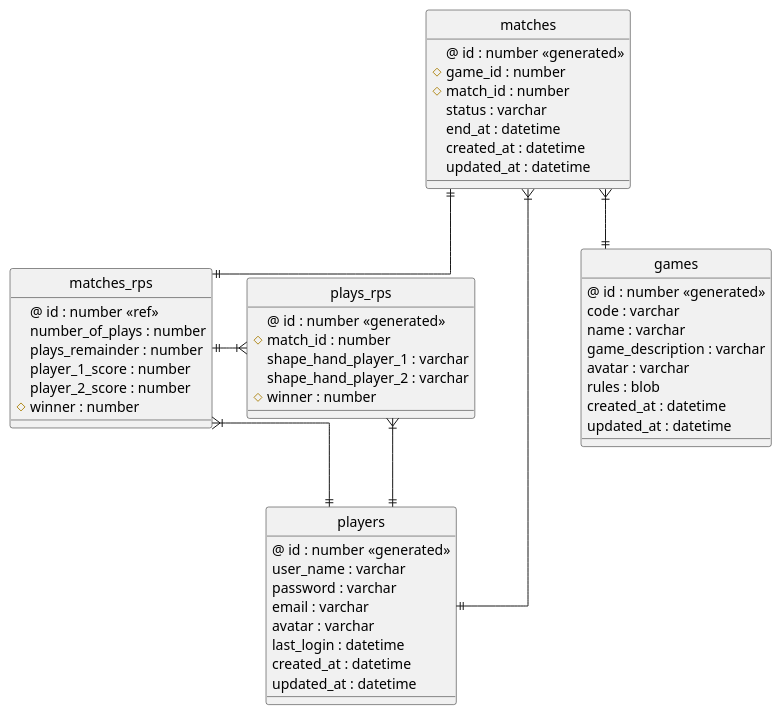
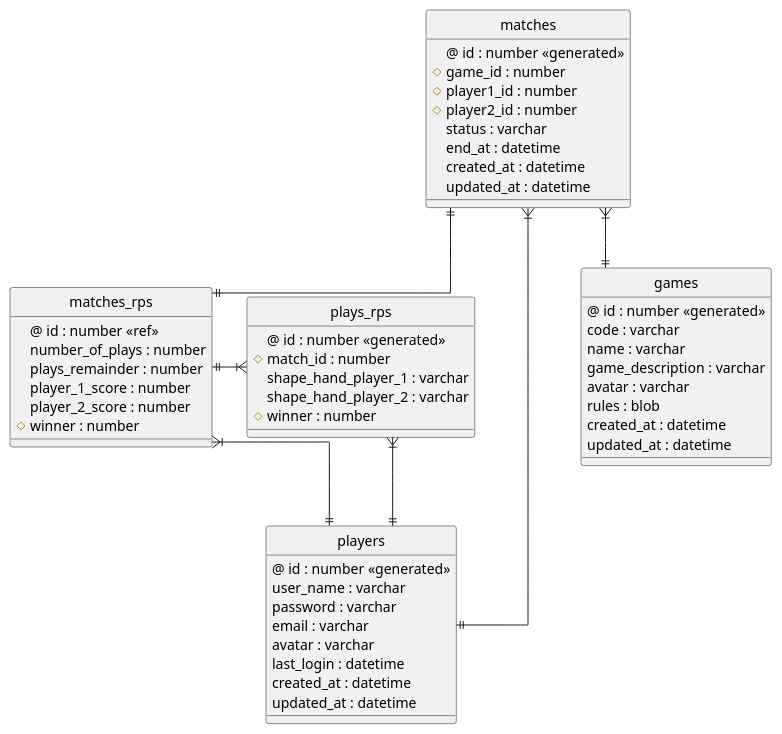
One commit to 113982-BONZI-JOSE/RockPaperScissors changed the diagram in docs/diagrams/model/der.puml. Above: the diagram before and after it, drawn with PlantUML. The commit also changed 25 other files, not shown here.

```diff
--- a/docs/diagrams/model/der.puml
+++ b/docs/diagrams/model/der.puml
@@ -1,64 +1,65 @@
 @startuml
 
 ' hide the spot
 hide circle
 
 ' avoid problems with angled crows feet
 skinparam linetype ortho
 
 entity "players"{
     @ id : number <<generated>>
     user_name : varchar
     password : varchar
     email : varchar
     avatar : varchar
     last_login : datetime
     created_at : datetime
     updated_at : datetime
 }
 
 entity "games"{
     @ id : number <<generated>>
     code : varchar
     name : varchar
     game_description : varchar
     avatar : varchar
     rules : blob
     created_at : datetime
     updated_at : datetime
 }
 
 entity "matches"{
     @ id : number <<generated>>
     # game_id : number
-    # match_id : number
+    # player1_id : number
+    # player2_id : number
     status : varchar
     end_at : datetime
     created_at : datetime
     updated_at : datetime
 }
 
 entity "matches_rps" {
     @ id : number <<ref>>
     number_of_plays : number
     plays_remainder : number
     player_1_score : number
     player_2_score : number
     # winner : number
 }
 
 entity "plays_rps" {
     @ id : number <<generated>>
     # match_id : number
     shape_hand_player_1 : varchar
     shape_hand_player_2 : varchar
     # winner : number
 }
 
 matches }|--|| players
 matches }|--|| games
 matches ||--|| matches_rps
 matches_rps ||-|{ "plays_rps"
 matches_rps }|--|| players
 plays_rps }|--|| players
 @enduml
```
